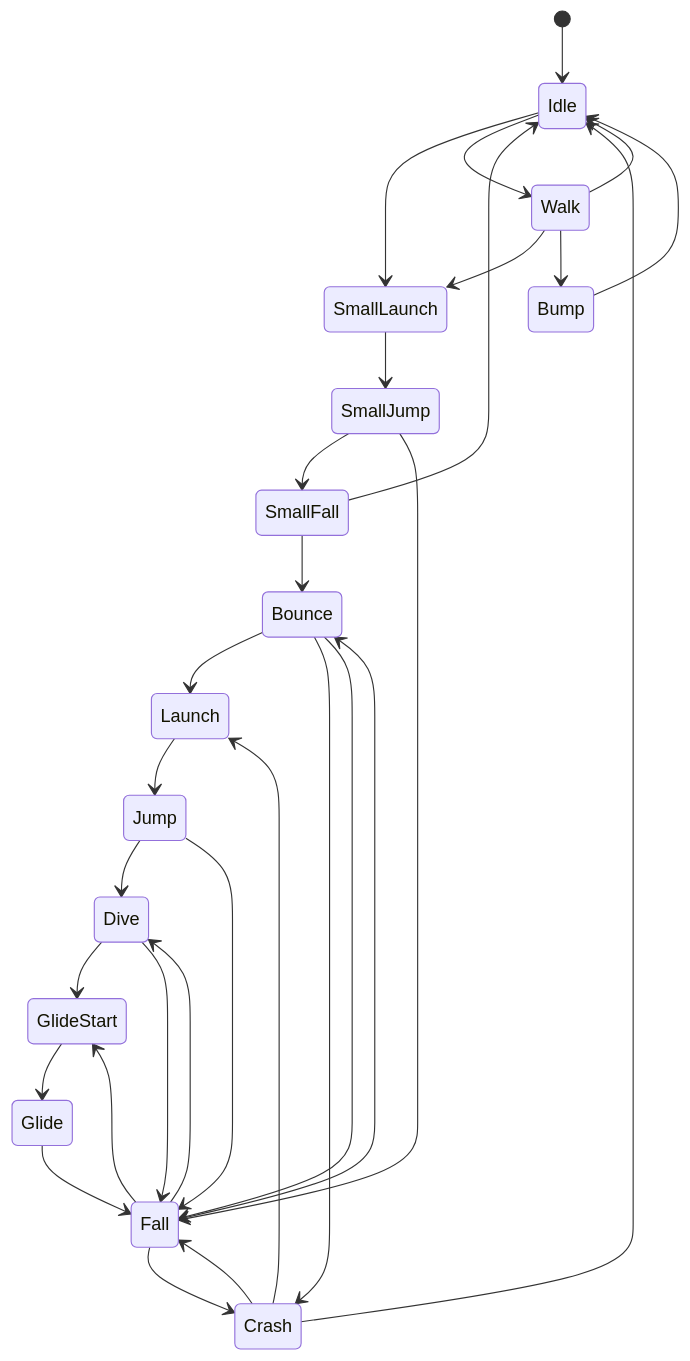
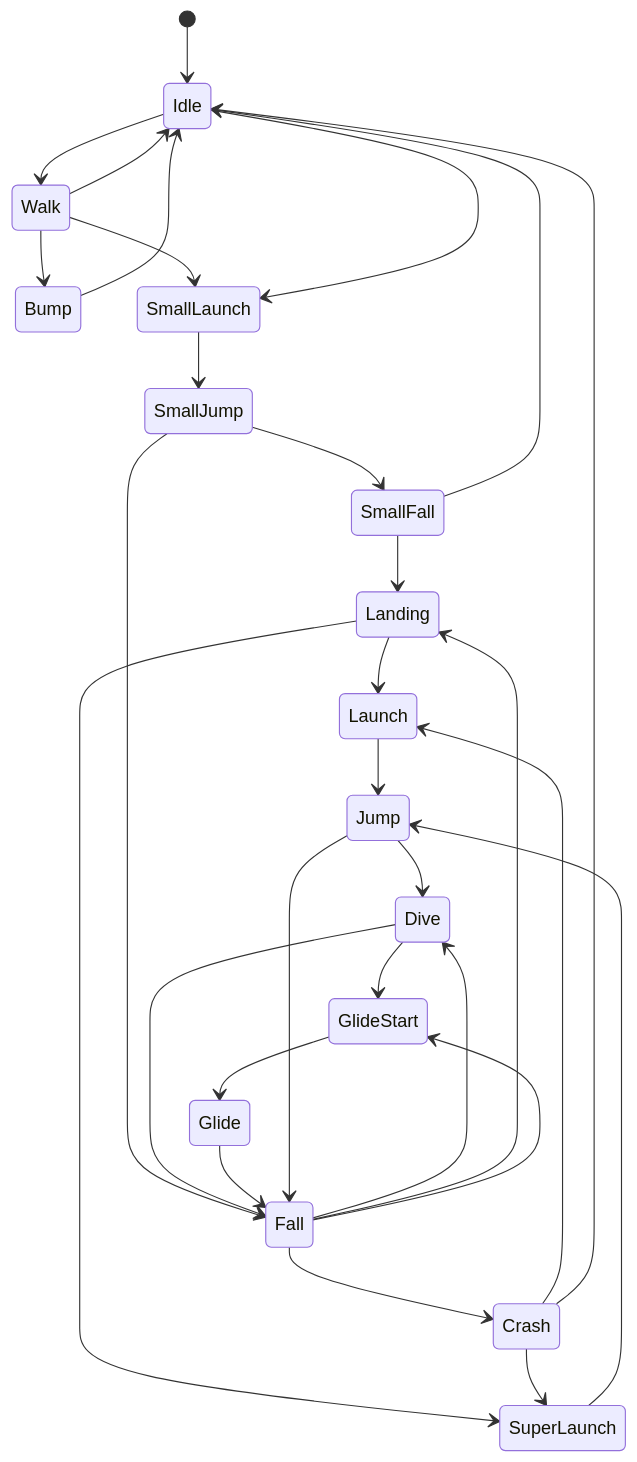
The diagram in Assets/Scripts/Runtime/Eraby/States/stateMachineDiagram.md (amr-abdalla/Megawra-Water), drawn with Mermaid before and after one commit. The commit also changed other lines of this file and 21 other files, not shown here.

Commit message:
Bounce -> Landing. Updates to State Diagram generator

````diff
--- a/Assets/Scripts/Runtime/Eraby/States/stateMachineDiagram.md
+++ b/Assets/Scripts/Runtime/Eraby/States/stateMachineDiagram.md
@@ -3,34 +2,34 @@
 ```mermaid
 stateDiagram-v2
 	[*] --> Idle
 
+	SmallFall --> Landing
+	SmallFall --> Idle
+	SmallJump --> SmallFall
+	SmallJump --> Fall
+	Landing --> Launch
+	Landing --> SuperLaunch
+	Dive --> GlideStart
+	Dive --> Fall
+	Fall --> Dive
+	Fall --> Landing
+	Fall --> GlideStart
+	Fall --> Crash
+	Walk --> Idle
+	Walk --> Bump
+	Walk --> SmallLaunch
+	Crash --> Launch
+	Crash --> Idle
+	Crash --> SuperLaunch
+	Glide --> Fall
+	GlideStart --> Glide
+	SmallLaunch --> SmallJump
+	SuperLaunch --> Jump
 	Jump --> Dive
 	Jump --> Fall
-	Dive --> GlideStart
-	Dive --> Fall
 	Launch --> Jump
-	GlideStart --> Glide
 	Bump --> Idle
-	Crash --> Idle
-	Crash --> Launch
-	Crash --> Fall
-	SmallLaunch --> SmallJump
-	Walk --> Idle
-	Walk --> SmallLaunch
-	Walk --> Bump
+	Idle --> Walk
 	Idle --> SmallLaunch
-	Idle --> Walk
-	Glide --> Fall
-	Bounce --> Launch
-	Bounce --> Crash
-	Bounce --> Fall
-	SmallJump --> SmallFall
-	SmallJump --> Fall
-	SmallFall --> Idle
-	SmallFall --> Bounce
-	Fall --> GlideStart
-	Fall --> Dive
-	Fall --> Bounce
-	Fall --> Crash
 
 ```
````
